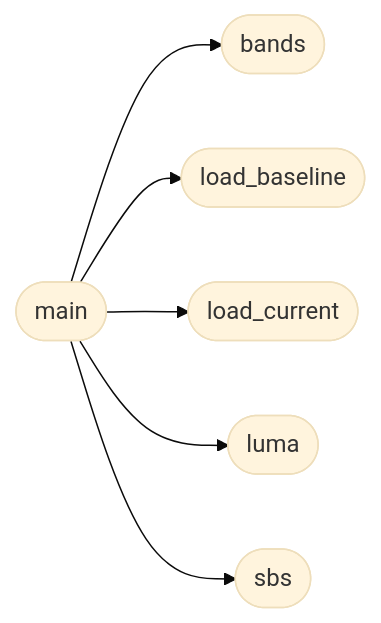
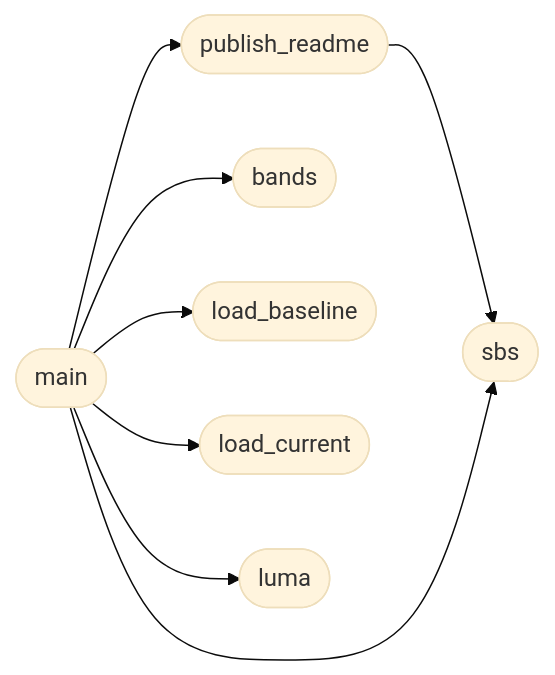
The diagram in readmenator-apidocs/modules/tools.fbench.py.md (grisuno/FreeDom), drawn with Mermaid (base theme) before and after one commit. The commit also changed other lines of this file and 121 other files, not shown here.

````diff
--- a/readmenator-apidocs/modules/tools.fbench.py.md
+++ b/readmenator-apidocs/modules/tools.fbench.py.md
@@ -29,14 +33,17 @@
 ```mermaid
 flowchart LR
+    n_tools_fbench_py__publish_readme(["publish_readme"])
+    n_tools_fbench_py__sbs(["sbs"])
     n_tools_fbench_py__main(["main"])
     n_tools_fbench_py__bands(["bands"])
     n_tools_fbench_py__load_baseline(["load_baseline"])
     n_tools_fbench_py__load_current(["load_current"])
     n_tools_fbench_py__luma(["luma"])
-    n_tools_fbench_py__sbs(["sbs"])
+    n_tools_fbench_py__publish_readme --> n_tools_fbench_py__sbs
     n_tools_fbench_py__main --> n_tools_fbench_py__bands
     n_tools_fbench_py__main --> n_tools_fbench_py__load_baseline
     n_tools_fbench_py__main --> n_tools_fbench_py__load_current
     n_tools_fbench_py__main --> n_tools_fbench_py__luma
+    n_tools_fbench_py__main --> n_tools_fbench_py__publish_readme
     n_tools_fbench_py__main --> n_tools_fbench_py__sbs
 ```
````
